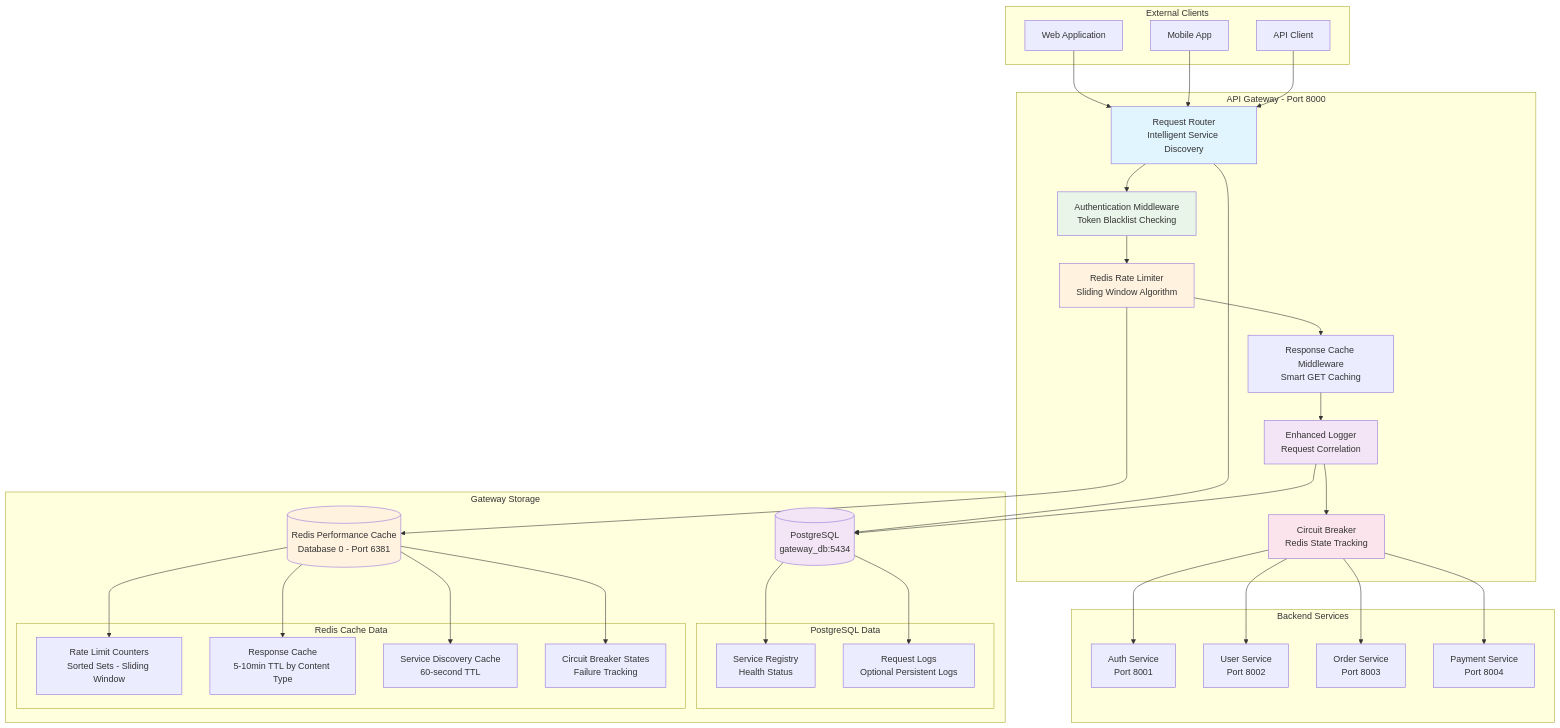
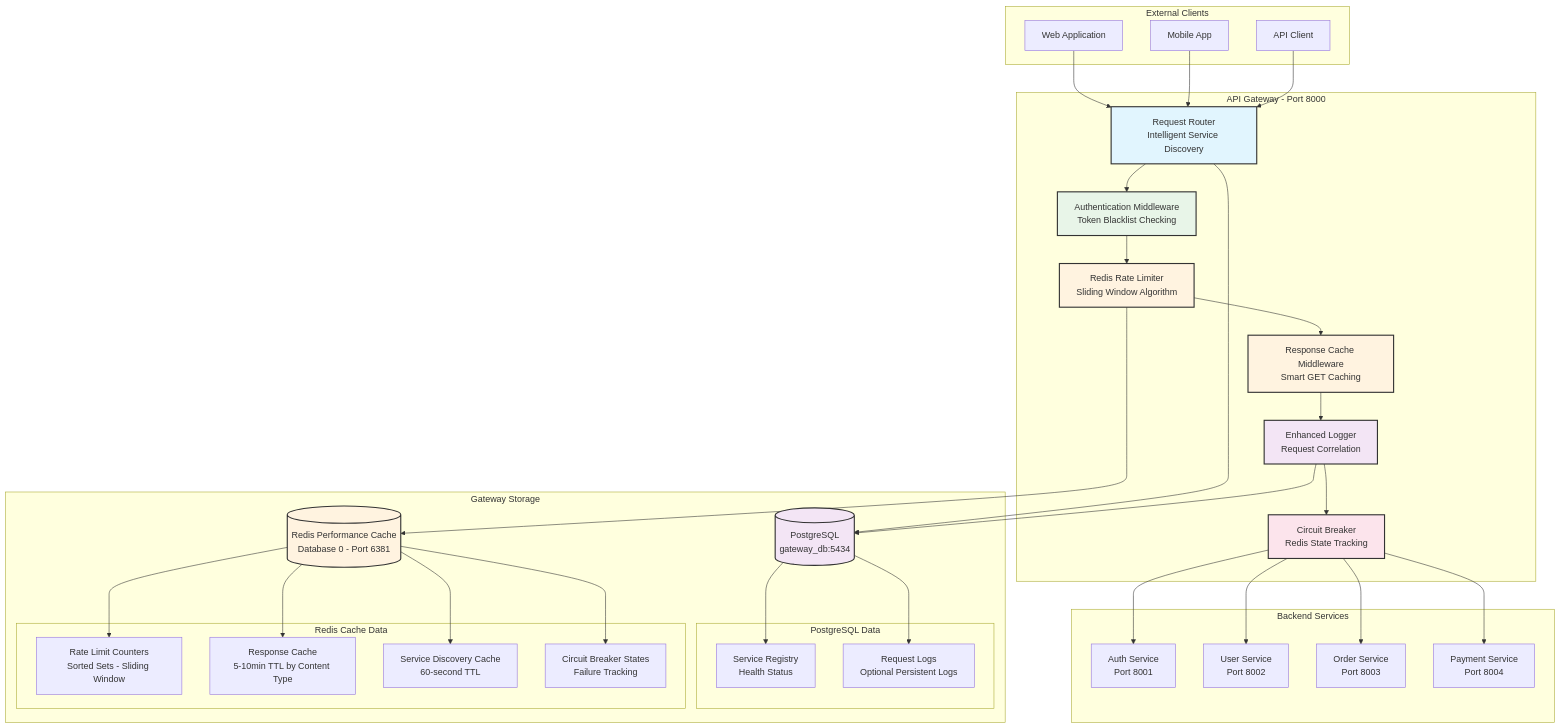
Before and after one commit to sudhan-m/munshi: the first of 16 diagrams in src/api-gateway/README.md, drawn with Mermaid. The commit also changed other lines of this file and 3 other files, not shown here.

First line of the commit message:
Update documentation with proper Mermaid diagrams and current architecture

````diff
--- a/src/api-gateway/README.md
+++ b/src/api-gateway/README.md
@@ -113,11 +113,19 @@
     CIRCUIT --> ORDER_SVC
     CIRCUIT --> PAYMENT_SVC
     
-    style ROUTER fill:#e1f5fe
-    style AUTH_MW fill:#e8f5e8
-    style RATE_LIMITER fill:#fff3e0
-    style LOGGER fill:#f3e5f5
-    style CIRCUIT fill:#fce4ec
-    style GW_DB fill:#f3e5f5
-    style GW_REDIS fill:#fff3e0
+    classDef router fill:#e1f5fe,stroke:#333,stroke-width:2px
+    classDef auth fill:#e8f5e8,stroke:#333,stroke-width:2px
+    classDef performance fill:#fff3e0,stroke:#333,stroke-width:2px
+    classDef logging fill:#f3e5f5,stroke:#333,stroke-width:2px
+    classDef circuit fill:#fce4ec,stroke:#333,stroke-width:2px
+    classDef database fill:#f3e5f5,stroke:#333,stroke-width:2px
+    classDef redis fill:#fff3e0,stroke:#333,stroke-width:2px
+    
+    class ROUTER router
+    class AUTH_MW auth
+    class RATE_LIMITER,CACHE_MW performance
+    class LOGGER logging
+    class CIRCUIT circuit
+    class GW_DB database
+    class GW_REDIS redis
 ```
````
